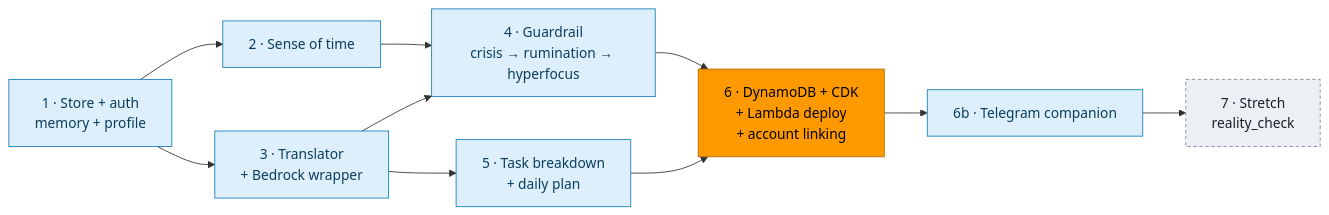
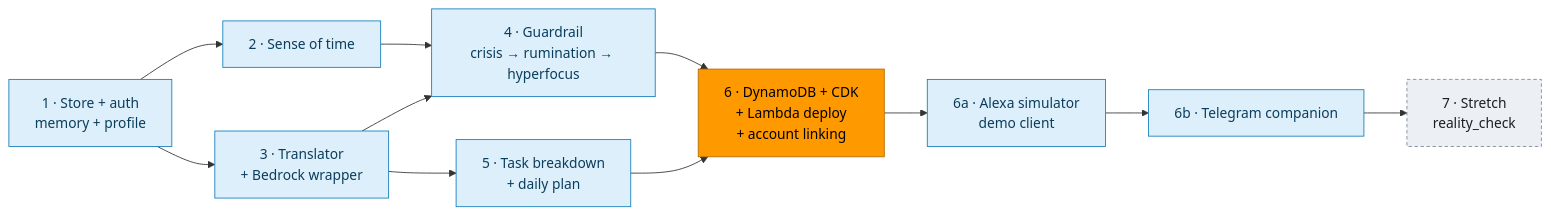
Before and after one commit to navinrc/NeuroCare: diagram 12 of 12 in docs/spec.md, drawn with Mermaid. The commit also changed other lines of this file, not shown here.

First line of the commit message:
docs(spec): add Alexa simulator as phase 6a (§5.9)

````diff
--- a/docs/spec.md
+++ b/docs/spec.md
@@ -1014,20 +1097,21 @@
 ```mermaid
 flowchart LR
     P1[1 · Store + auth<br/>memory + profile] --> P2[2 · Sense of time]
     P1 --> P3[3 · Translator<br/>+ Bedrock wrapper]
     P2 --> P4[4 · Guardrail<br/>crisis → rumination → hyperfocus]
     P3 --> P4
     P3 --> P5[5 · Task breakdown<br/>+ daily plan]
     P4 --> P6[6 · DynamoDB + CDK<br/>+ Lambda deploy<br/>+ account linking]
     P5 --> P6
-    P6 --> P6B[6b · Telegram companion]
+    P6 --> P6A[6a · Alexa simulator<br/>demo client]
+    P6A --> P6B[6b · Telegram companion]
     P6B --> P7[7 · Stretch<br/>reality_check]
 
     classDef mvp fill:#DCEFFB,stroke:#147EBA,color:#0B3D5C
     classDef aws fill:#FF9900,stroke:#B36B00,color:#000000
     classDef stretch fill:#ECEFF4,stroke:#7D8998,color:#1B1F24,stroke-dasharray:4 3
     class P1,P2,P3,P4,P5 mvp
     class P6 aws
-    class P6B mvp
+    class P6A,P6B mvp
     class P7 stretch
 ```
````
